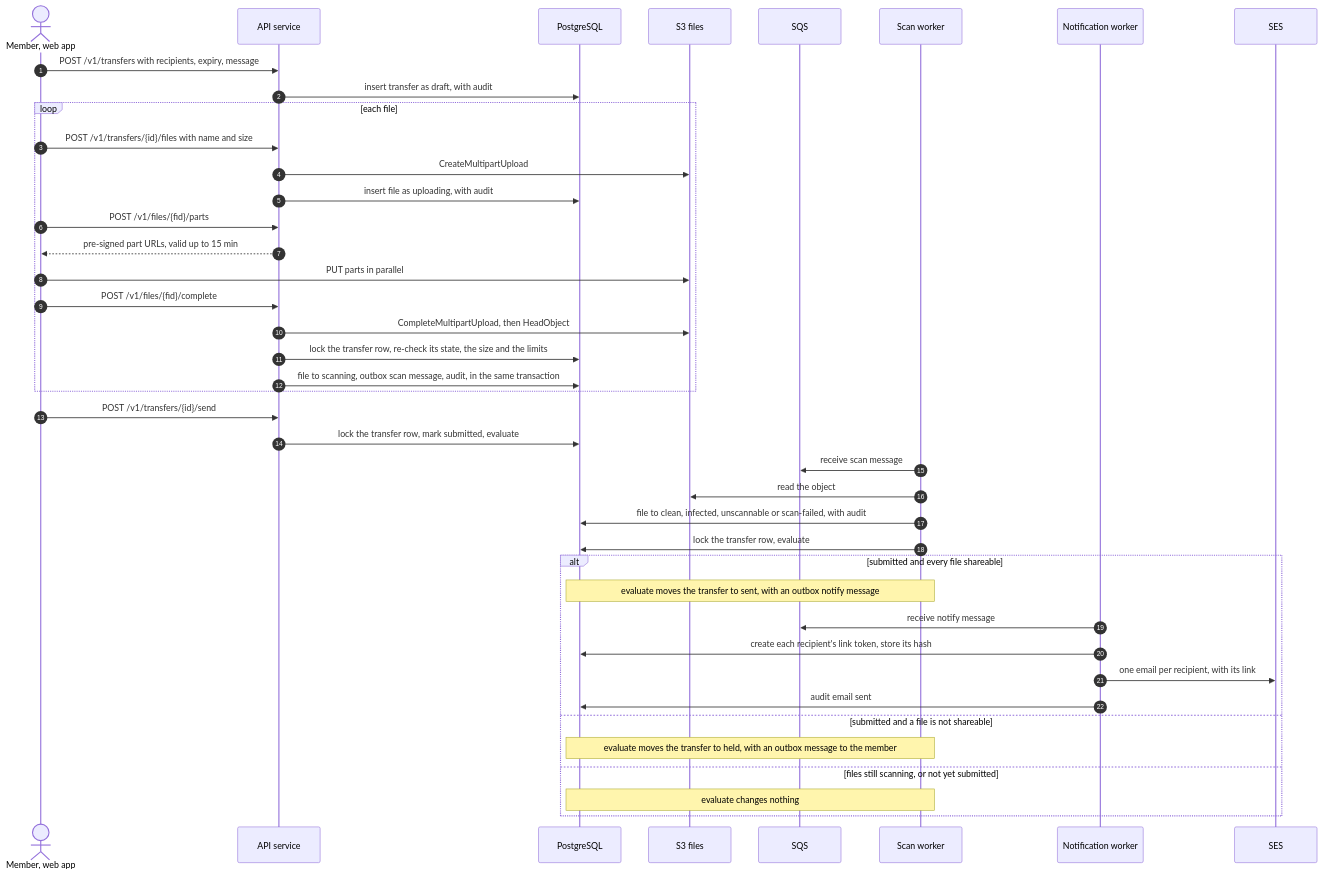
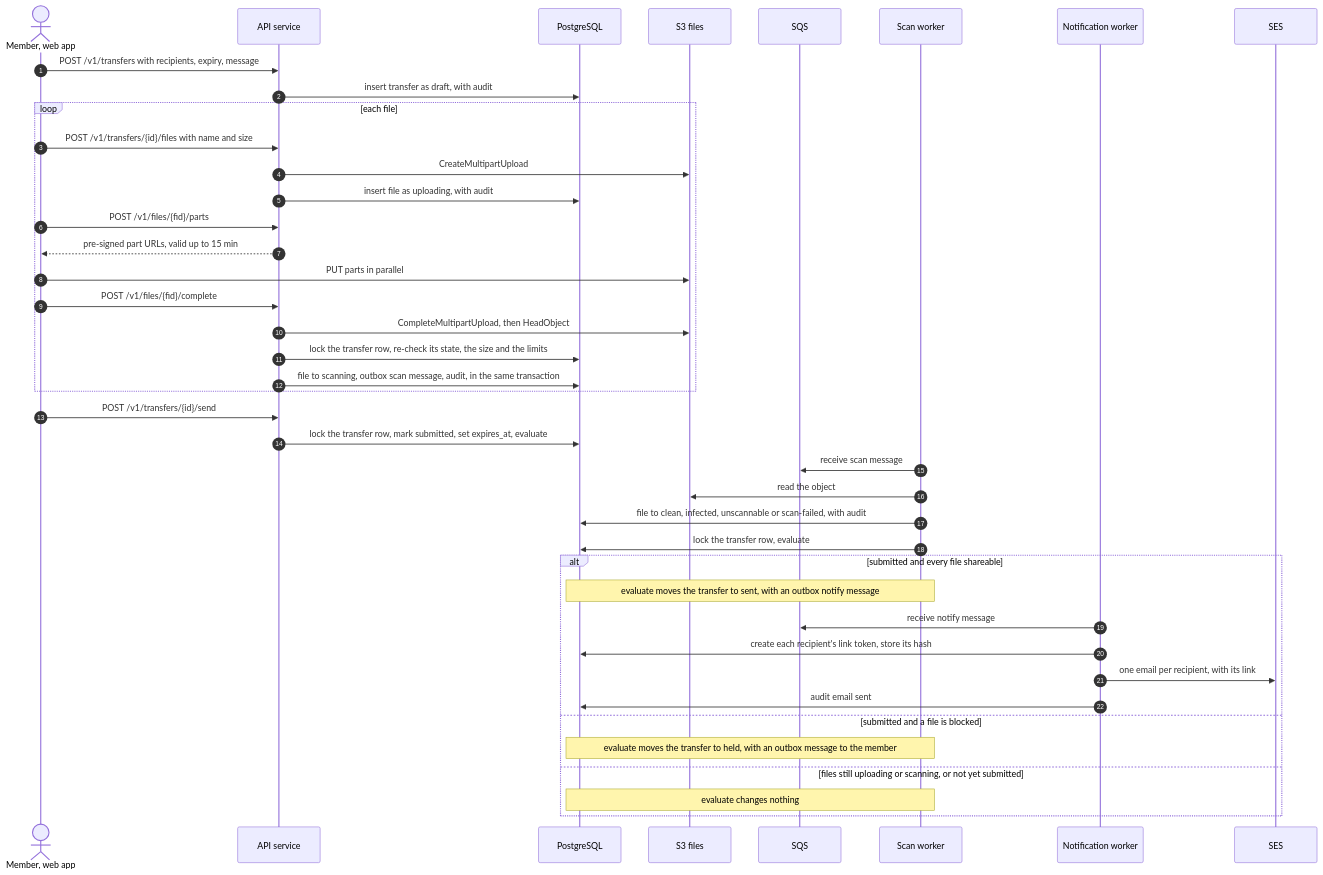
The fourth of 8 diagrams in docs/architecture.md (codewithmuh/secure-file-transfer), drawn with Mermaid before and after one commit. The commit also changed other lines of this file and 4 other files, not shown here.

````diff
--- a/docs/architecture.md
+++ b/docs/architecture.md
@@ -175,43 +175,43 @@
 ```mermaid
 sequenceDiagram
     autonumber
     actor M as Member, web app
     participant API as API service
     participant DB as PostgreSQL
     participant S3 as S3 files
     participant Q as SQS
     participant SW as Scan worker
     participant NW as Notification worker
     participant E as SES
     M->>API: POST /v1/transfers with recipients, expiry, message
     API->>DB: insert transfer as draft, with audit
     loop each file
         M->>API: POST /v1/transfers/{id}/files with name and size
         API->>S3: CreateMultipartUpload
         API->>DB: insert file as uploading, with audit
         M->>API: POST /v1/files/{fid}/parts
         API-->>M: pre-signed part URLs, valid up to 15 min
         M->>S3: PUT parts in parallel
         M->>API: POST /v1/files/{fid}/complete
         API->>S3: CompleteMultipartUpload, then HeadObject
         API->>DB: lock the transfer row, re-check its state, the size and the limits
         API->>DB: file to scanning, outbox scan message, audit, in the same transaction
     end
     M->>API: POST /v1/transfers/{id}/send
-    API->>DB: lock the transfer row, mark submitted, evaluate
+    API->>DB: lock the transfer row, mark submitted, set expires_at, evaluate
     SW->>Q: receive scan message
     SW->>S3: read the object
     SW->>DB: file to clean, infected, unscannable or scan-failed, with audit
     SW->>DB: lock the transfer row, evaluate
     alt submitted and every file shareable
         Note over SW,DB: evaluate moves the transfer to sent, with an outbox notify message
         NW->>Q: receive notify message
         NW->>DB: create each recipient's link token, store its hash
         NW->>E: one email per recipient, with its link
         NW->>DB: audit email sent
-    else submitted and a file is not shareable
+    else submitted and a file is blocked
         Note over SW,DB: evaluate moves the transfer to held, with an outbox message to the member
-    else files still scanning, or not yet submitted
+    else files still uploading or scanning, or not yet submitted
         Note over SW,DB: evaluate changes nothing
     end
 ```
````
